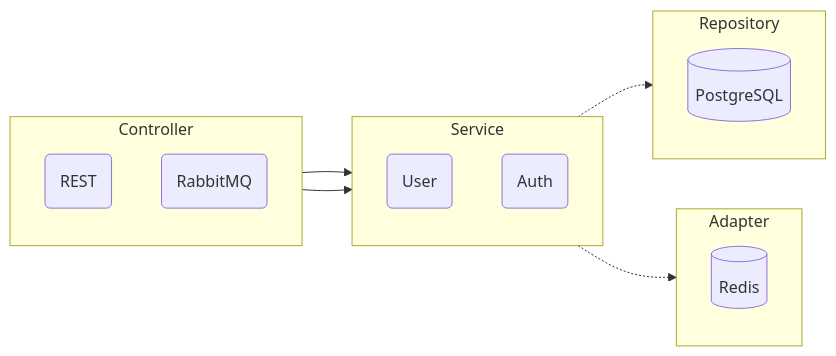
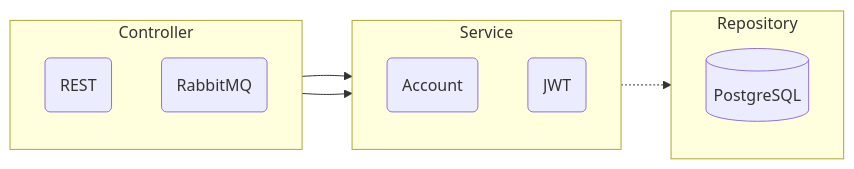
The diagram in services/auth/README.md (dsbasko/yandex-go-diploma-1), drawn with Mermaid before and after one commit. The commit also changed other lines of this file and 43 other files, not shown here.

````diff
--- a/services/auth/README.md
+++ b/services/auth/README.md
@@ -31,27 +27,22 @@
 ```mermaid
 flowchart LR
     subgraph controller[Controller]
         direction TB
         rest(REST)
         rmqConsumer(RabbitMQ)
     end
 
     subgraph service[Service]
         direction TB
-        userService(User)
-        authService(Auth)
+        accountService(Account)
+        jwtService(JWT)
     end
 
     subgraph repository[Repository]
         direction TB
         psql[(PostgreSQL)]
     end
 
-    subgraph adapter[Adapter]
-        direction TB
-        redis[(Redis)]
-    end
-
     rest & rmqConsumer --> service
-    service -.-> repository & adapter
+    service -.-> repository 
 ```
````
